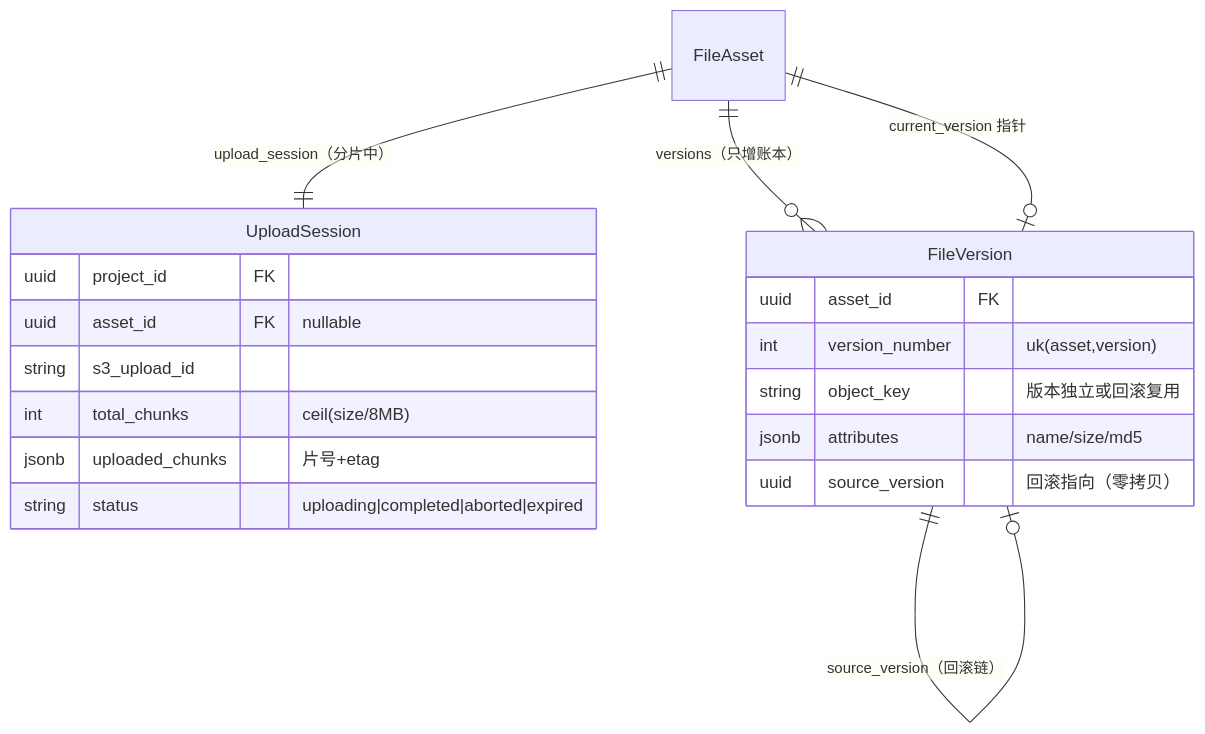
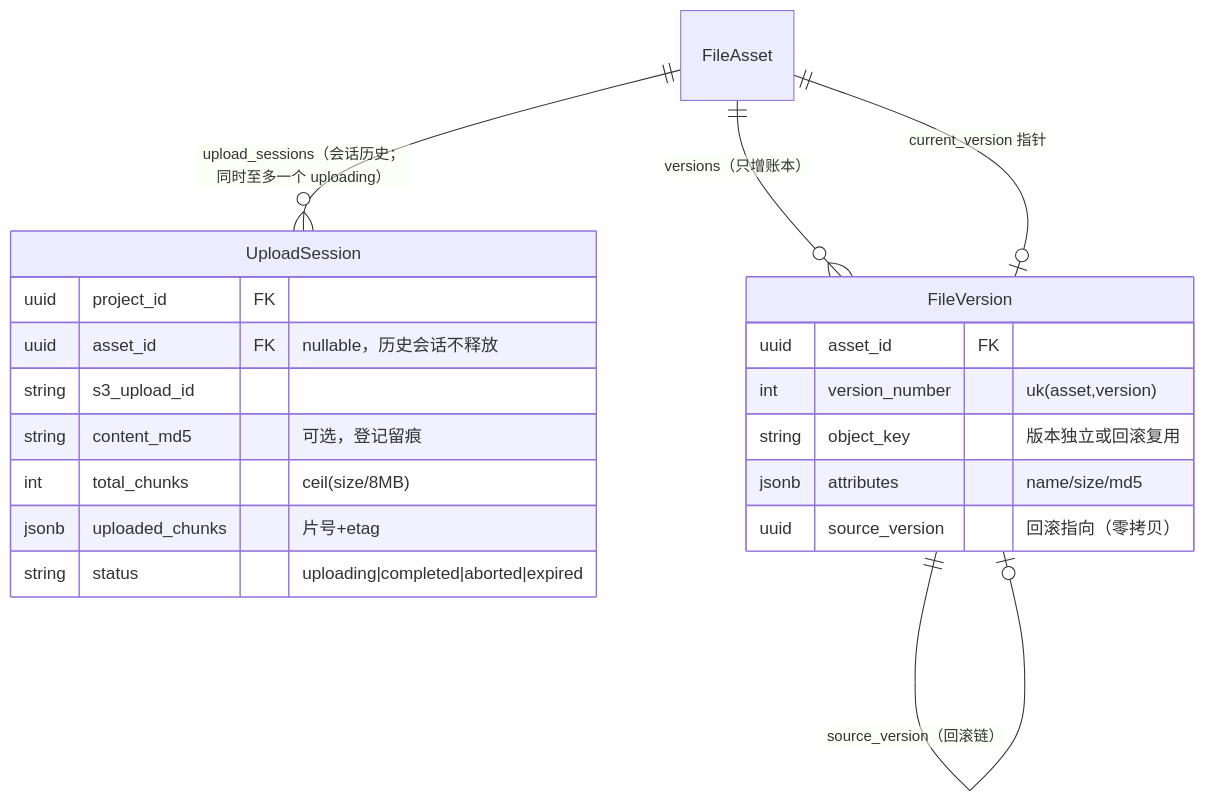
One commit to RabbitAI-Lab/RabbitProjects changed the fifth of 5 diagrams in docs/sprint-4-gantt-file/FILE-003-preview-version.md. Above: the diagram before and after it, drawn with Mermaid. The commit also changed other lines of this file and 6 other files, not shown here.

````diff
--- a/docs/sprint-4-gantt-file/FILE-003-preview-version.md
+++ b/docs/sprint-4-gantt-file/FILE-003-preview-version.md
@@ -352,22 +387,23 @@
 ```mermaid
 erDiagram
-    FileAsset ||--|| UploadSession : "upload_session（分片中）"
+    FileAsset ||--o{ UploadSession : "upload_sessions（会话历史；同时至多一个 uploading）"
     FileAsset ||--o{ FileVersion : "versions（只增账本）"
     FileAsset ||--o| FileVersion : "current_version 指针"
     FileVersion ||--o| FileVersion : "source_version（回滚链）"
     UploadSession {
         uuid project_id FK
-        uuid asset_id FK "nullable"
+        uuid asset_id FK "nullable，历史会话不释放"
         string s3_upload_id
+        string content_md5 "可选，登记留痕"
         int total_chunks "ceil(size/8MB)"
         jsonb uploaded_chunks "片号+etag"
         string status "uploading|completed|aborted|expired"
     }
     FileVersion {
         uuid asset_id FK
         int version_number "uk(asset,version)"
         string object_key "版本独立或回滚复用"
         jsonb attributes "name/size/md5"
         uuid source_version "回滚指向（零拷贝）"
     }
 ```
````
